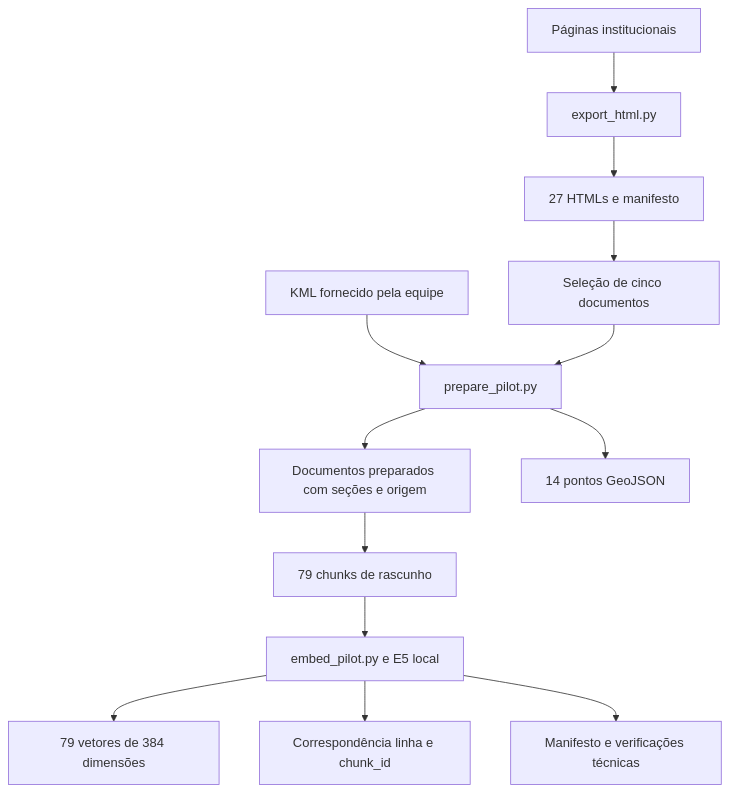
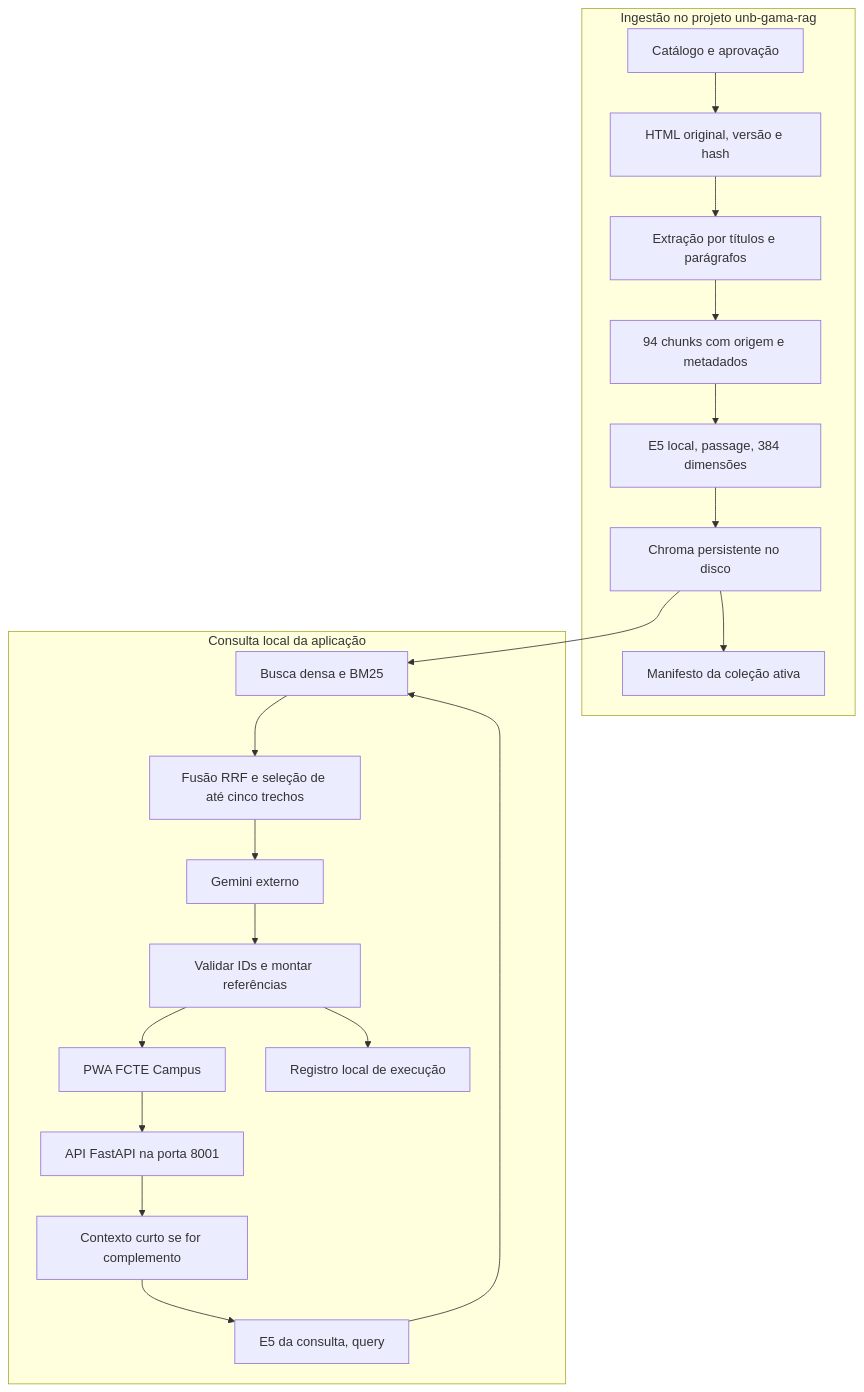
The first of 3 diagrams in docs/entrega-2/arquitetura.md (Muniz2811/residencia-grupo-9), drawn with Mermaid before and after one commit. The commit also changed other lines of this file and 39 other files, not shown here.

Commit message:
docs: concluir Entrega 2 com RAG implementado e evidencias reais

````diff
--- a/docs/entrega-2/arquitetura.md
+++ b/docs/entrega-2/arquitetura.md
@@ -5,15 +7,23 @@
 ```mermaid
-flowchart TD
-    WEB[Páginas institucionais] --> EXP[export_html.py]
-    EXP --> HTML[27 HTMLs e manifesto]
-    HTML --> SEL[Seleção de cinco documentos]
-    KML[KML fornecido pela equipe] --> PREP[prepare_pilot.py]
-    SEL --> PREP
-    PREP --> DOC[Documentos preparados com seções e origem]
-    PREP --> GEO[14 pontos GeoJSON]
-    DOC --> CH[79 chunks de rascunho]
-    CH --> ENC[embed_pilot.py e E5 local]
-    ENC --> NPY[79 vetores de 384 dimensões]
-    ENC --> ROW[Correspondência linha e chunk_id]
-    ENC --> MAN[Manifesto e verificações técnicas]
+flowchart TB
+  subgraph ING[Ingestão no projeto unb-gama-rag]
+    C[Catálogo e aprovação] --> O[HTML original, versão e hash]
+    O --> E[Extração por títulos e parágrafos]
+    E --> CH[94 chunks com origem e metadados]
+    CH --> V[E5 local, passage, 384 dimensões]
+    V --> I[Chroma persistente no disco]
+    I --> M[Manifesto da coleção ativa]
+  end
+  subgraph ASK[Consulta local da aplicação]
+    P[PWA FCTE Campus] --> A[API FastAPI na porta 8001]
+    A --> H[Contexto curto se for complemento]
+    H --> Q[E5 da consulta, query]
+    Q --> B[Busca densa e BM25]
+    I --> B
+    B --> R[Fusão RRF e seleção de até cinco trechos]
+    R --> G[Gemini externo]
+    G --> S[Validar IDs e montar referências]
+    S --> P
+    S --> L[Registro local de execução]
+  end
 ```
````
